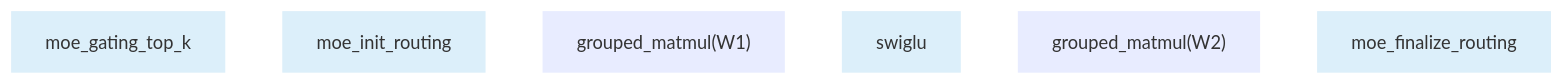
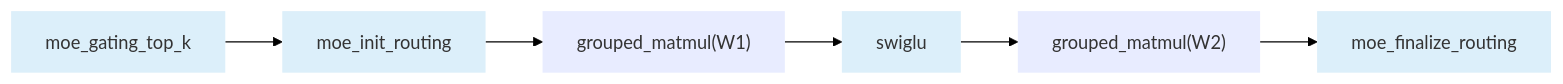
Before and after one commit to ChunnX/ops-transformer: the diagram in gmm/grouped_matmul/README.md, drawn with Mermaid.

Commit message:
Mermaid背景改为白色

````diff
--- a/gmm/grouped_matmul/README.md
+++ b/gmm/grouped_matmul/README.md
@@ -14,15 +14,15 @@
 ```mermaid
-%%{init: {'theme': 'base', 'themeVariables': {'background': 'transparent'}}}%%
+%%{init: {'theme': 'base', 'themeVariables': {'background': '#ffffff'}}}%%
 graph LR
     B["moe_gating_top_k"] --> C["moe_init_routing"]
     C --> D["grouped_matmul(W1)"]
     D --> E["swiglu"]
     E --> F["grouped_matmul(W2)"]
     F --> G["moe_finalize_routing"]
 
     classDef gmm fill:#E8ECFF,stroke:none,color:#333;
     classDef other fill:#DCEFFA,stroke:none,color:#333;
 
     class D,F gmm;
     class B,C,E,G other;
 ```
````
